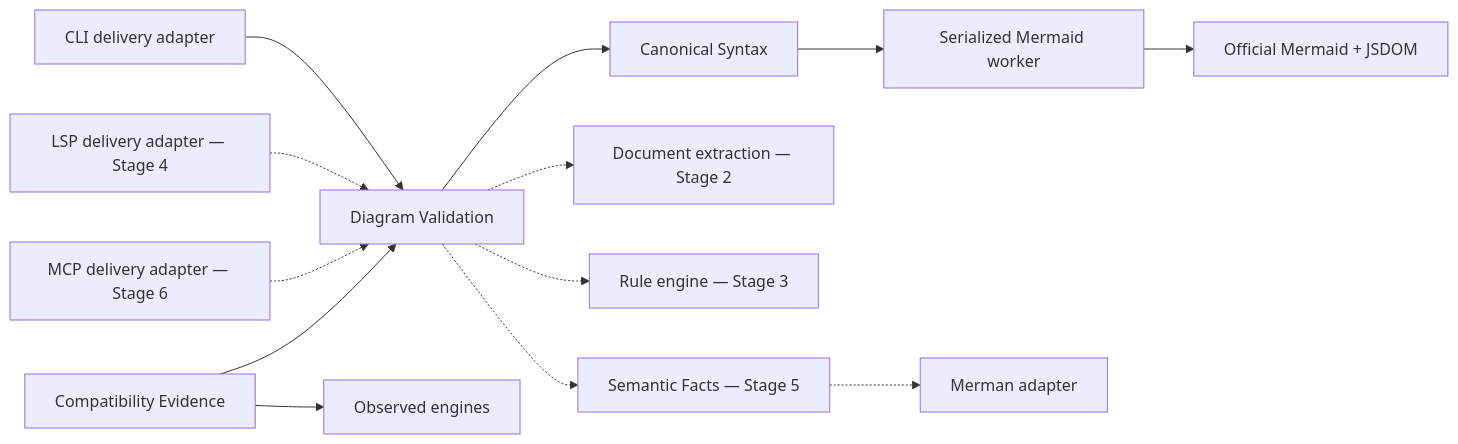
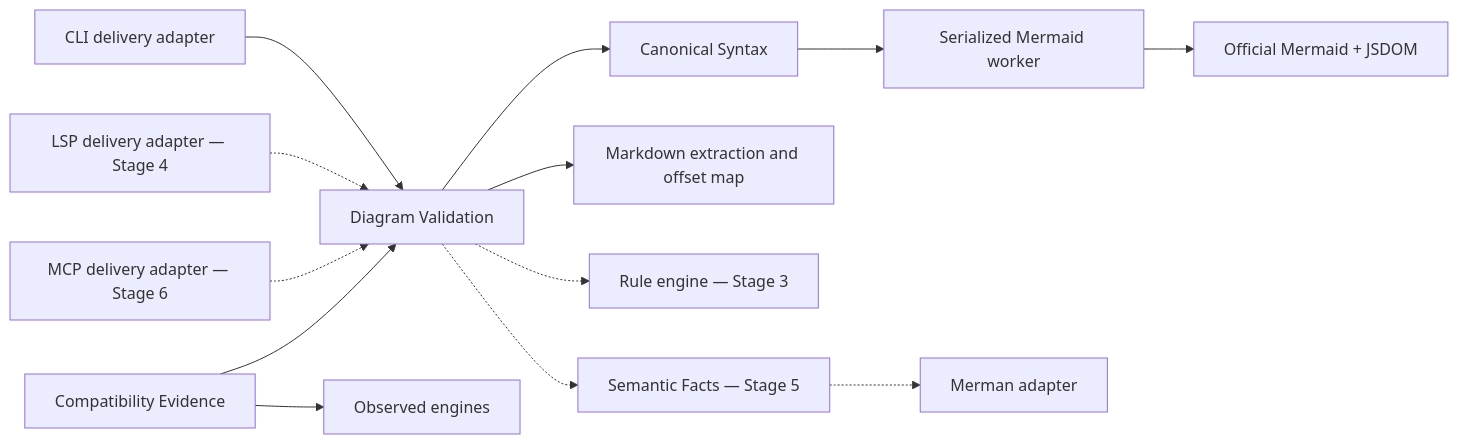
One commit to sanbaiw/mermaid-validator changed the first of 2 diagrams in ARCHITECTURE.md. Above: the diagram before and after it, drawn with Mermaid. The commit also changed other lines of this file and 41 other files, not shown here.

Commit message:
feat: implement stage 2 repository and markdown input

````diff
--- a/ARCHITECTURE.md
+++ b/ARCHITECTURE.md
@@ -60,17 +60,17 @@
 ```mermaid
 flowchart LR
   CLI["CLI delivery adapter"] --> VALIDATION["Diagram Validation"]
   LSP["LSP delivery adapter — Stage 4"] -.-> VALIDATION
   MCP["MCP delivery adapter — Stage 6"] -.-> VALIDATION
   COMPAT["Compatibility Evidence"] --> VALIDATION
   COMPAT --> OBSERVED["Observed engines"]
 
   VALIDATION --> SYNTAX["Canonical Syntax"]
-  VALIDATION -.-> EXTRACTION["Document extraction — Stage 2"]
+  VALIDATION --> EXTRACTION["Markdown extraction and offset map"]
   VALIDATION -.-> RULES["Rule engine — Stage 3"]
   VALIDATION -.-> FACTS["Semantic Facts — Stage 5"]
 
   SYNTAX --> WORKER["Serialized Mermaid worker"]
   WORKER --> MERMAID["Official Mermaid + JSDOM"]
   FACTS -.-> MERMAN["Merman adapter"]
 ```
````
